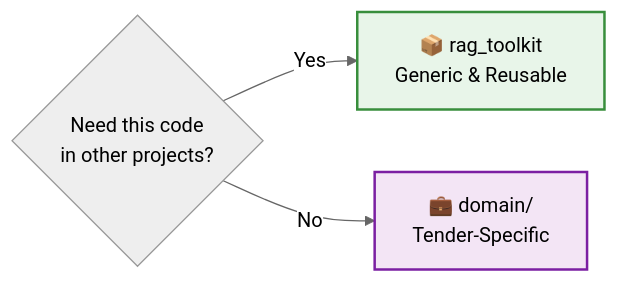
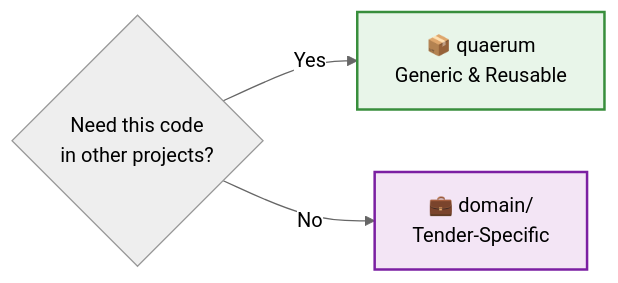
The fourth of 4 diagrams in docs/architecture/overview.md (gmottola00/Tender-RAG-Lab), drawn with Mermaid (neutral theme) before and after one commit. The commit also changed other lines of this file and 18 other files, not shown here.

````diff
--- a/docs/architecture/overview.md
+++ b/docs/architecture/overview.md
@@ -686,9 +686,9 @@
 ```mermaid
 graph LR
     A{Need this code<br/>in other projects?}
-    A -->|Yes| B[📦 rag_toolkit<br/>Generic & Reusable]
+    A -->|Yes| B[📦 quaerum<br/>Generic & Reusable]
     A -->|No| C[💼 domain/<br/>Tender-Specific]
     
     style B fill:#e8f5e9,stroke:#388e3c,stroke-width:2px
     style C fill:#f3e5f5,stroke:#7b1fa2,stroke-width:2px
 ```
````
